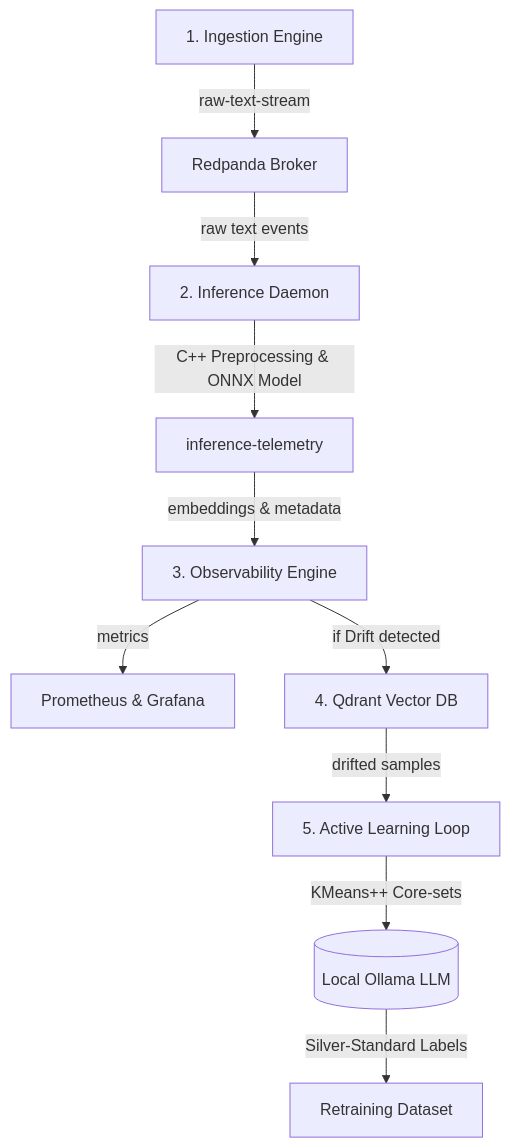
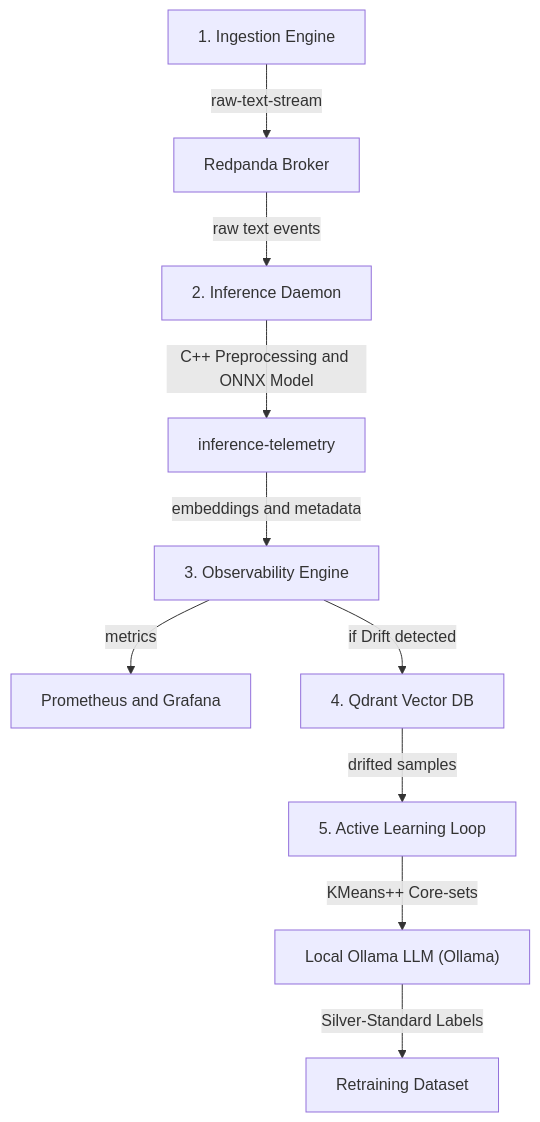
Before and after one commit to ElectroBoy0/SentinelFlow: the diagram in README.md, drawn with Mermaid.

Commit message:
docs: fix Mermaid syntax rendering error on GitHub

````diff
--- a/README.md
+++ b/README.md
@@ -10,12 +10,12 @@
 ```mermaid
 graph TD
     Ingestion[1. Ingestion Engine] -->|raw-text-stream| Redpanda[Redpanda Broker]
     Redpanda -->|raw text events| Inference[2. Inference Daemon]
-    Inference -->|C++ Preprocessing & ONNX Model| Telemetry[inference-telemetry]
-    Telemetry -->|embeddings & metadata| Observability[3. Observability Engine]
-    Observability -->|metrics| Prometheus[Prometheus & Grafana]
+    Inference -->|C++ Preprocessing and ONNX Model| Telemetry[inference-telemetry]
+    Telemetry -->|embeddings and metadata| Observability[3. Observability Engine]
+    Observability -->|metrics| Prometheus[Prometheus and Grafana]
     Observability -->|if Drift detected| Qdrant[4. Qdrant Vector DB]
     Qdrant -->|drifted samples| ActiveLearning[5. Active Learning Loop]
-    ActiveLearning -->|KMeans++ Core-sets| Ollama[(Local Ollama LLM)]
+    ActiveLearning -->|KMeans++ Core-sets| Ollama["Local Ollama LLM (Ollama)"]
     Ollama -->|Silver-Standard Labels| Training[Retraining Dataset]
 ```
````
